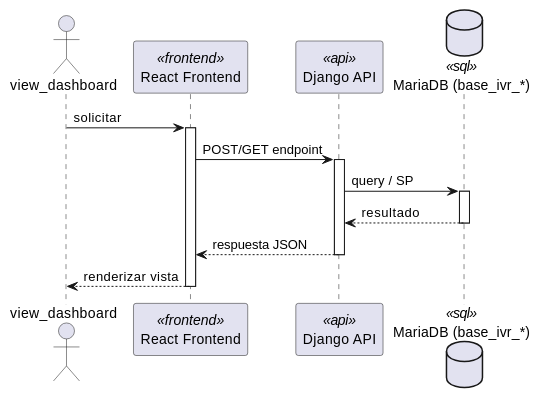
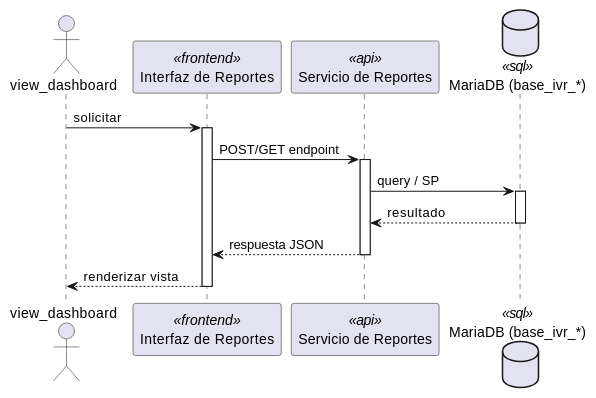
The first of 2 diagrams in source/arquitectura-tecnica/DesignView/rpt-01.rst (jcg-admin/IACT-docs), drawn with PlantUML before and after one commit. The commit also changed other lines of this file and 243 other files, not shown here.

First line of the commit message:
Add missing diagrams and fix participant names across Kruchten views

```diff
--- a/source/arquitectura-tecnica/DesignView/rpt-01.rst
+++ b/source/arquitectura-tecnica/DesignView/rpt-01.rst
@@ -22,28 +22,28 @@
 .. uml::
  :caption: UC_RPT_01 — Design View (secuencia)
 
  @startuml
 
  actor "view_dashboard" as view_dashboard
- participant "React Frontend" as Frontend <<frontend>>
- participant "Django API" as APIServer <<api>>
- database "MariaDB (base_ivr_*)" as BaseDatos <<sql>>
+ participant "Interfaz de Reportes" as Iface <<frontend>>
+ participant "Servicio de Reportes" as SvcNode <<api>>
+ database "MariaDB (base_ivr_*)" as Store <<sql>>
 
- view_dashboard -> Frontend : solicitar
- activate Frontend
+ view_dashboard -> Iface : solicitar
+ activate Iface
 
- Frontend -> APIServer : POST/GET endpoint
- activate APIServer
+ Iface -> SvcNode : POST/GET endpoint
+ activate SvcNode
 
- APIServer -> BaseDatos : query / SP
- activate BaseDatos
- BaseDatos --> APIServer : resultado
- deactivate BaseDatos
+ SvcNode -> Store : query / SP
+ activate Store
+ Store --> SvcNode : resultado
+ deactivate Store
 
- APIServer --> Frontend : respuesta JSON
- deactivate APIServer
+ SvcNode --> Iface : respuesta JSON
+ deactivate SvcNode
 
- Frontend --> view_dashboard : renderizar vista
- deactivate Frontend
+ Iface --> view_dashboard : renderizar vista
+ deactivate Iface
 
  @enduml
```
